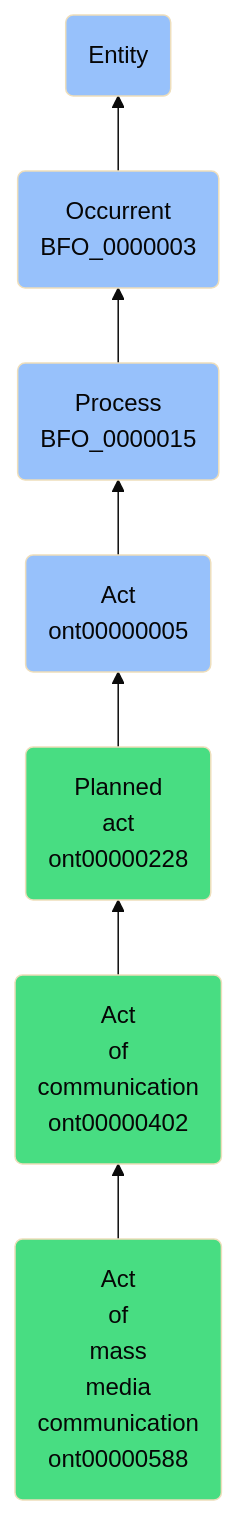
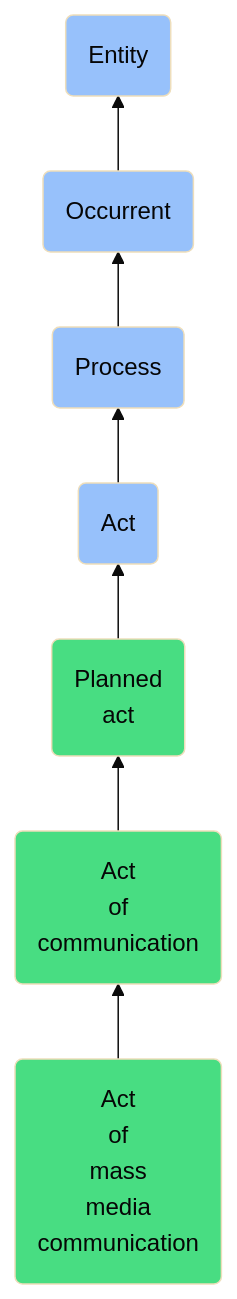
Before and after one commit to jupyter-naas/abi: the diagram in docs/ontology/reference/model/Entity/Occurrent/Process/Act/Planned act/Act of communication/Act of mass media communication/Act of mass media communication.md, drawn with Mermaid (base theme). The commit also changed other lines of this file and 1430 other files, not shown here.

````diff
--- a/docs/ontology/reference/model/Entity/Occurrent/Process/Act/Planned act/Act of communication/Act of mass media communication/Act of mass media communication.md
+++ b/docs/ontology/reference/model/Entity/Occurrent/Process/Act/Planned act/Act of communication/Act of mass media communication/Act of mass media communication.md
@@ -24,14 +24,14 @@
 ```mermaid
 graph BT
-    ont00000588(Act<br>of<br>mass<br>media<br>communication<br>ont00000588):::ABI-->ont00000402
-    ont00000402(Act<br>of<br>communication<br>ont00000402):::ABI-->ont00000228
-    ont00000228(Planned<br>act<br>ont00000228):::ABI-->ont00000005
-    ont00000005(Act<br>ont00000005):::BFO-->BFO_0000015
-    BFO_0000015(Process<br>BFO_0000015):::BFO-->BFO_0000003
-    BFO_0000003(Occurrent<br>BFO_0000003):::BFO-->BFO_0000001
+    ont00000588(Act<br>of<br>mass<br>media<br>communication):::ABI-->ont00000402
+    ont00000402(Act<br>of<br>communication):::ABI-->ont00000228
+    ont00000228(Planned<br>act):::ABI-->ont00000005
+    ont00000005(Act):::BFO-->BFO_0000015
+    BFO_0000015(Process):::BFO-->BFO_0000003
+    BFO_0000003(Occurrent):::BFO-->BFO_0000001
     BFO_0000001(Entity):::BFO
     
     classDef BFO fill:#97c1fb,color:#060606
     classDef CCO fill:#e4c51e,color:#060606
     classDef ABI fill:#48DD82,color:#060606
 ```
````
